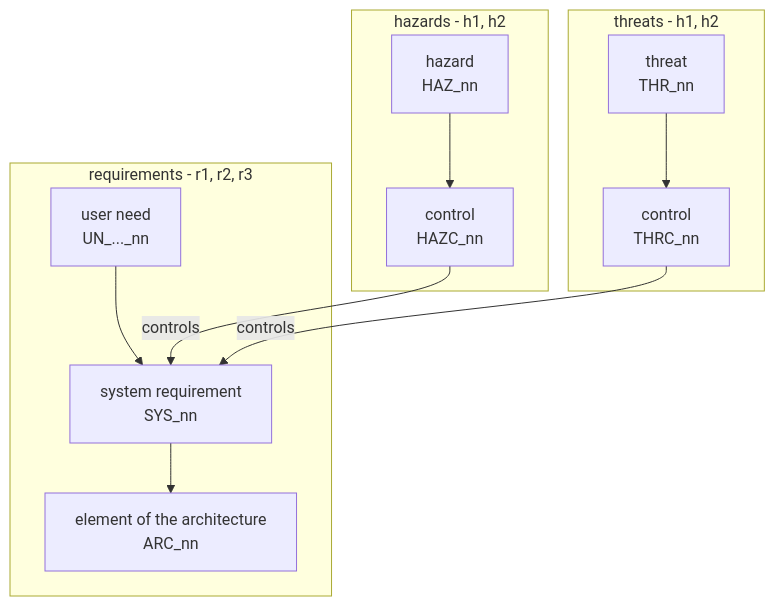
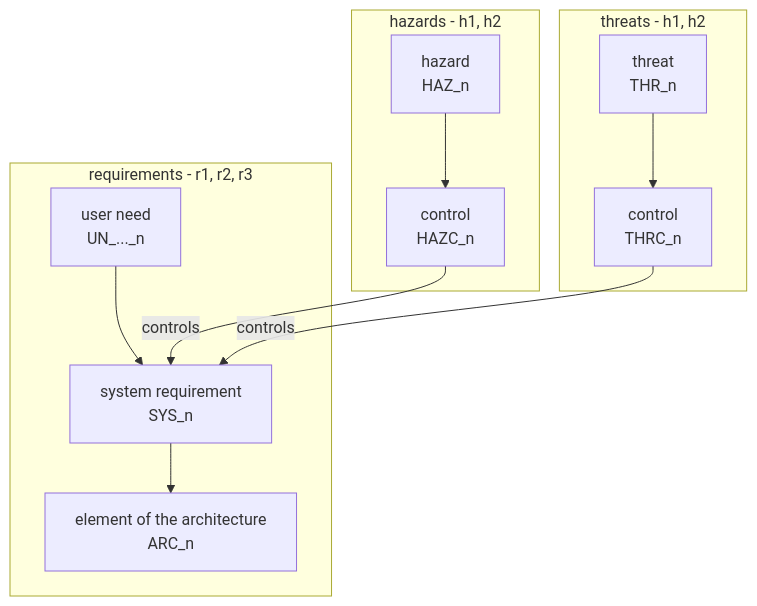
Before and after one commit to treporting/specs-and-deploy-product: the diagram in safety/hazard-and-risk-analysis.md, drawn with Mermaid. The commit also changed other lines of this file and 26 other files, not shown here.

````diff
--- a/safety/hazard-and-risk-analysis.md
+++ b/safety/hazard-and-risk-analysis.md
@@ -10,15 +10,15 @@
 ```mermaid
 flowchart TB
   subgraph h[hazards - h1, h2]
-    haz[hazard<br>HAZ_nn] --> hazc[control<br>HAZC_nn]
+    haz[hazard<br>HAZ_n] --> hazc[control<br>HAZC_n]
   end
   subgraph t[threats - h1, h2]
-    thr[threat<br>THR_nn] --> thrc[control<br>THRC_nn]
+    thr[threat<br>THR_n] --> thrc[control<br>THRC_n]
   end
   subgraph r[requirements - r1, r2, r3]
-    un[user need<br>UN_..._nn] --> sys[system requirement<br>SYS_nn]
-    sys --> arc[element of the architecture<br>ARC_nn]
+    un[user need<br>UN_..._n] --> sys[system requirement<br>SYS_n]
+    sys --> arc[element of the architecture<br>ARC_n]
   end
   hazc -- controls --> sys
   thrc -- controls --> sys
 ```
````
